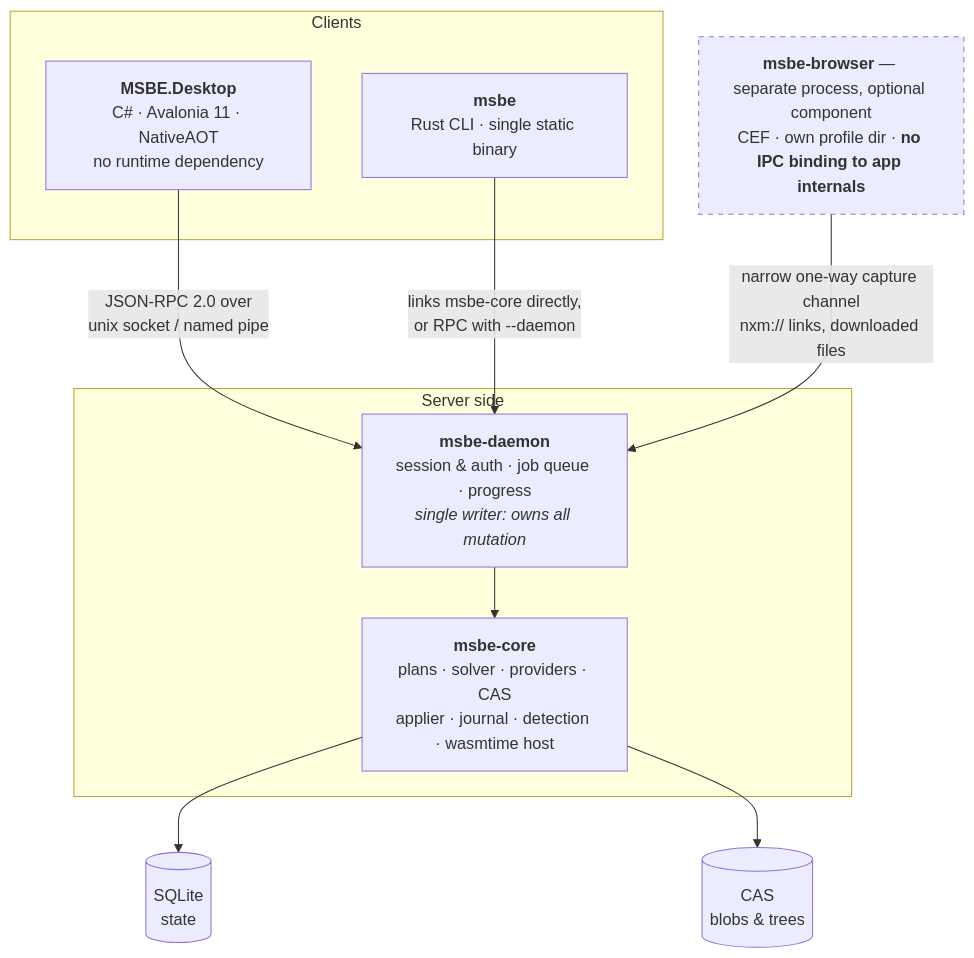
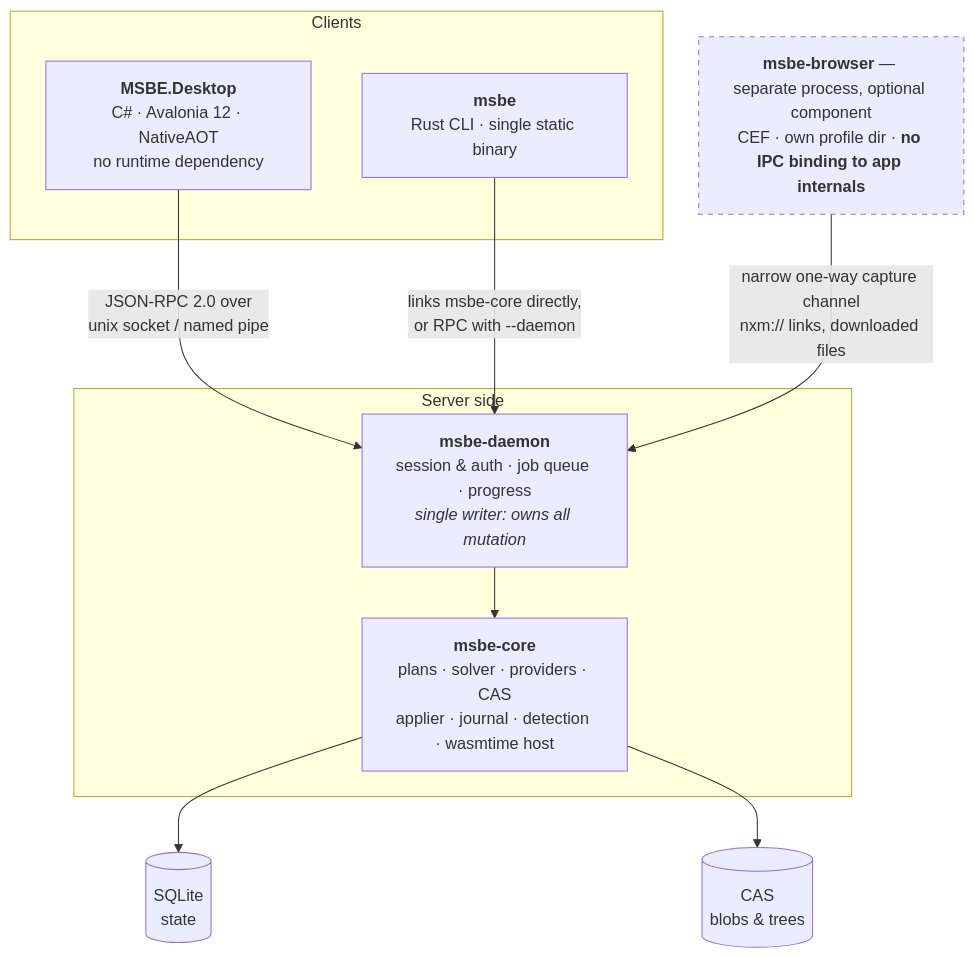
One commit to 5EUS/MSBE changed the diagram in docs/03-architecture.md. Above: the diagram before and after it, drawn with Mermaid. The commit also changed other lines of this file and 73 other files, not shown here.

````diff
--- a/docs/03-architecture.md
+++ b/docs/03-architecture.md
@@ -5,24 +5,24 @@
 ```mermaid
 flowchart TB
   subgraph Clients
-    UI["<b>MSBE.Desktop</b><br/>C# · Avalonia 11 · NativeAOT<br/>no runtime dependency"]
+    UI["<b>MSBE.Desktop</b><br/>C# · Avalonia 12 · NativeAOT<br/>no runtime dependency"]
     CLI["<b>msbe</b><br/>Rust CLI · single static binary"]
   end
 
   UI -->|"JSON-RPC 2.0 over<br/>unix socket / named pipe"| D
   CLI -->|"links msbe-core directly,<br/>or RPC with --daemon"| D
 
   subgraph Server["Server side"]
     D["<b>msbe-daemon</b><br/>session &amp; auth · job queue · progress<br/><i>single writer: owns all mutation</i>"]
     C["<b>msbe-core</b><br/>plans · solver · providers · CAS<br/>applier · journal · detection · wasmtime host"]
     D --> C
   end
 
   C --> DB[("SQLite<br/>state")]
   C --> CAS[("CAS<br/>blobs &amp; trees")]
 
   B["<b>msbe-browser</b> — separate process, optional component<br/>CEF · own profile dir · <b>no IPC binding to app internals</b>"]
   B -->|"narrow one-way capture channel<br/>nxm:// links, downloaded files"| D
 
   style B stroke-dasharray: 5 5
 ```
````
